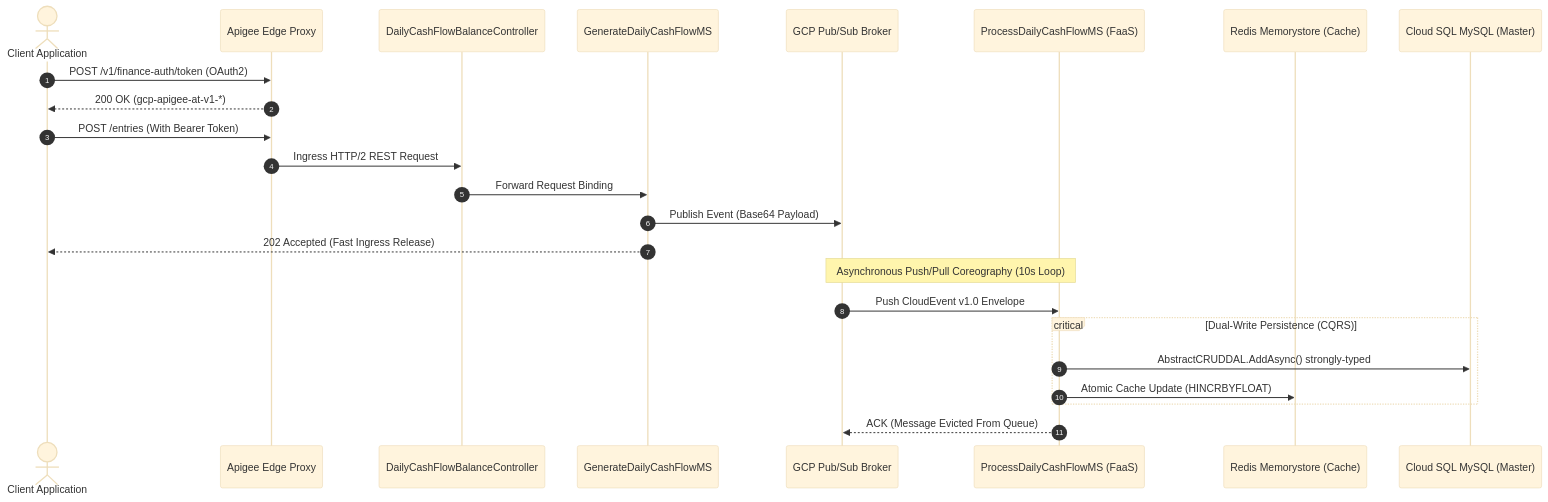
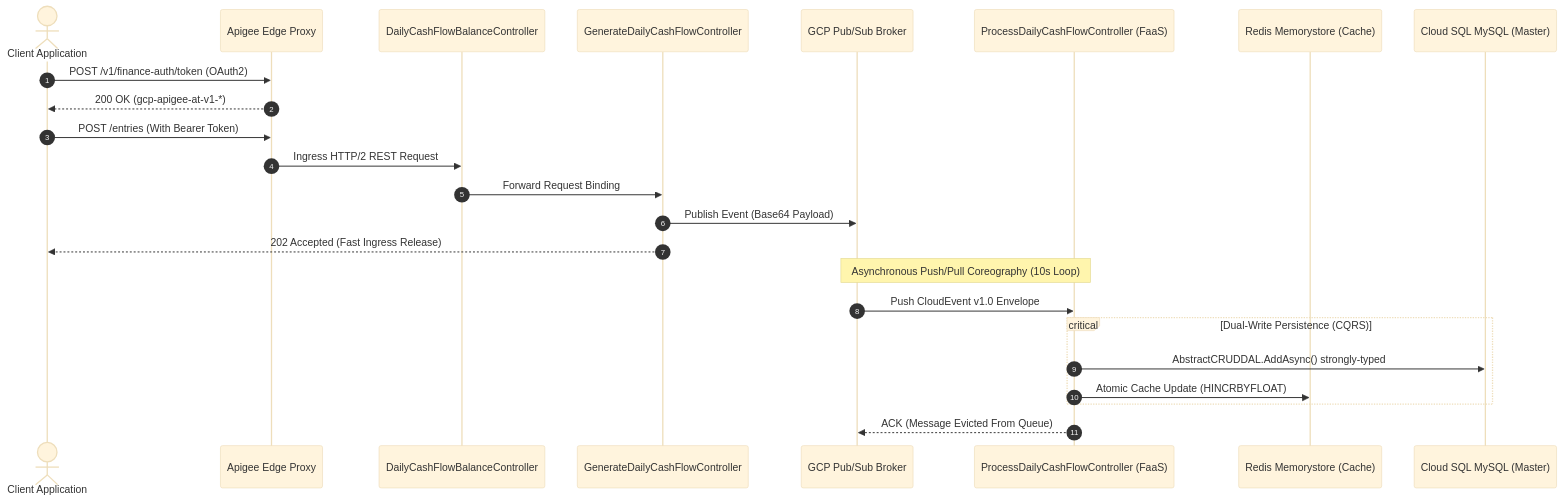
The first of 4 diagrams in README.md (wellamaral2007/DailyCashFlowAPI), drawn with Mermaid (base theme) before and after one commit. The commit also changed other lines of this file and 21 other files, not shown here.

````diff
--- a/README.md
+++ b/README.md
@@ -217,28 +254,28 @@
 ```mermaid
 sequenceDiagram
     autonumber
     actor Client as Client Application
     participant Apigee as Apigee Edge Proxy
     participant HTTP_Ctrl as DailyCashFlowBalanceController
-    participant IngressMS as GenerateDailyCashFlowMS
+    participant IngressMS as GenerateDailyCashFlowController
     participant PubSub as GCP Pub/Sub Broker
-    participant FaaS as ProcessDailyCashFlowMS (FaaS)
+    participant FaaS as ProcessDailyCashFlowController (FaaS)
     participant Redis as Redis Memorystore (Cache)
     participant MySQL as Cloud SQL MySQL (Master)
 
     Client->>Apigee: POST /v1/finance-auth/token (OAuth2)
     Apigee-->>Client: 200 OK (gcp-apigee-at-v1-*)
     Client->>Apigee: POST /entries (With Bearer Token)
     Apigee->>HTTP_Ctrl: Ingress HTTP/2 REST Request
     HTTP_Ctrl->>IngressMS: Forward Request Binding
     IngressMS->>PubSub: Publish Event (Base64 Payload)
     IngressMS-->>Client: 202 Accepted (Fast Ingress Release)
     
     Note over PubSub, FaaS: Asynchronous Push/Pull Coreography (10s Loop)
     PubSub->>FaaS: Push CloudEvent v1.0 Envelope
     critical Dual-Write Persistence (CQRS)
         FaaS->>MySQL: AbstractCRUDDAL.AddAsync() strongly-typed
         FaaS->>Redis: Atomic Cache Update (HINCRBYFLOAT)
     end
     FaaS-->>PubSub: ACK (Message Evicted From Queue)
 ```
````
